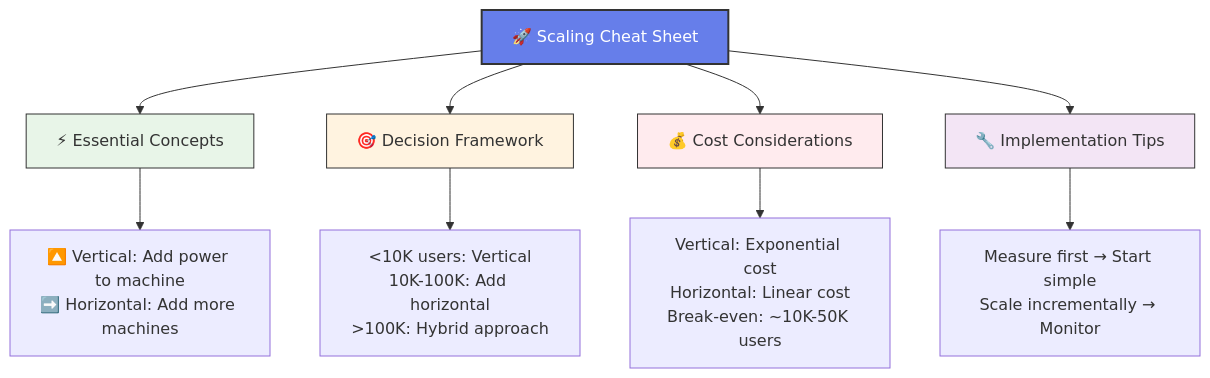
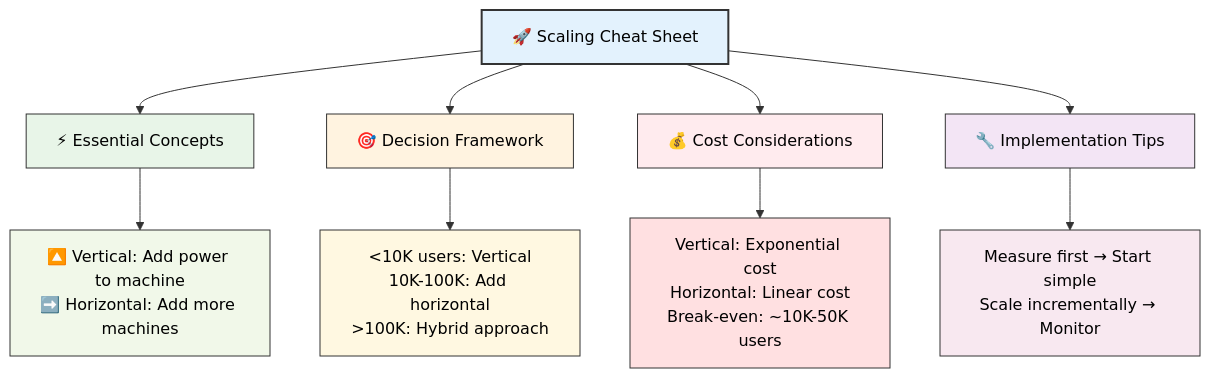
Diagram 17 of 18 in System_Design/Scaling.md (SrinathBegudem/Daily_coding_pratice), drawn with Mermaid before and after one commit. The commit also changed other lines of this file, not shown here.

````diff
--- a/System_Design/Scaling.md
+++ b/System_Design/Scaling.md
@@ -747,18 +747,22 @@
 ```mermaid
 graph TD
     A[🚀 Scaling Cheat Sheet] --> B[⚡ Essential Concepts]
     A --> C[🎯 Decision Framework]
     A --> D[💰 Cost Considerations]
     A --> E[🔧 Implementation Tips]
     
     B --> F[🔼 Vertical: Add power to machine<br/>➡️ Horizontal: Add more machines]
     C --> G[<10K users: Vertical<br/>10K-100K: Add horizontal<br/>>100K: Hybrid approach]
     D --> H[Vertical: Exponential cost<br/>Horizontal: Linear cost<br/>Break-even: ~10K-50K users]
     E --> I[Measure first → Start simple<br/>Scale incrementally → Monitor]
     
-    style A fill:#667eea,stroke:#333,stroke-width:2px,color:#fff
-    style B fill:#e8f5e8,stroke:#333,stroke-width:1px
-    style C fill:#fff3e0,stroke:#333,stroke-width:1px
-    style D fill:#ffebee,stroke:#333,stroke-width:1px
-    style E fill:#f3e5f5,stroke:#333,stroke-width:1px
+    style A fill:#e3f2fd,stroke:#333,stroke-width:2px,color:#000
+    style B fill:#e8f5e8,stroke:#333,stroke-width:1px,color:#000
+    style C fill:#fff3e0,stroke:#333,stroke-width:1px,color:#000
+    style D fill:#ffebee,stroke:#333,stroke-width:1px,color:#000
+    style E fill:#f3e5f5,stroke:#333,stroke-width:1px,color:#000
+    style F fill:#f1f8e9,stroke:#333,stroke-width:1px,color:#000
+    style G fill:#fff8e1,stroke:#333,stroke-width:1px,color:#000
+    style H fill:#ffe0e1,stroke:#333,stroke-width:1px,color:#000
+    style I fill:#f8e8f0,stroke:#333,stroke-width:1px,color:#000
 ```
````
